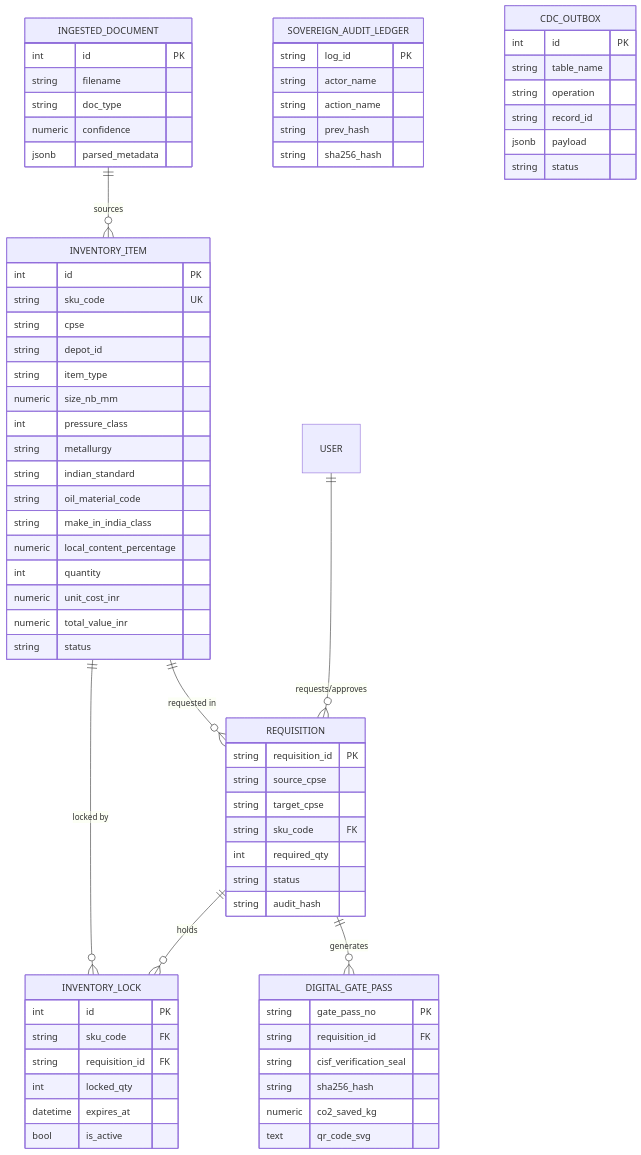
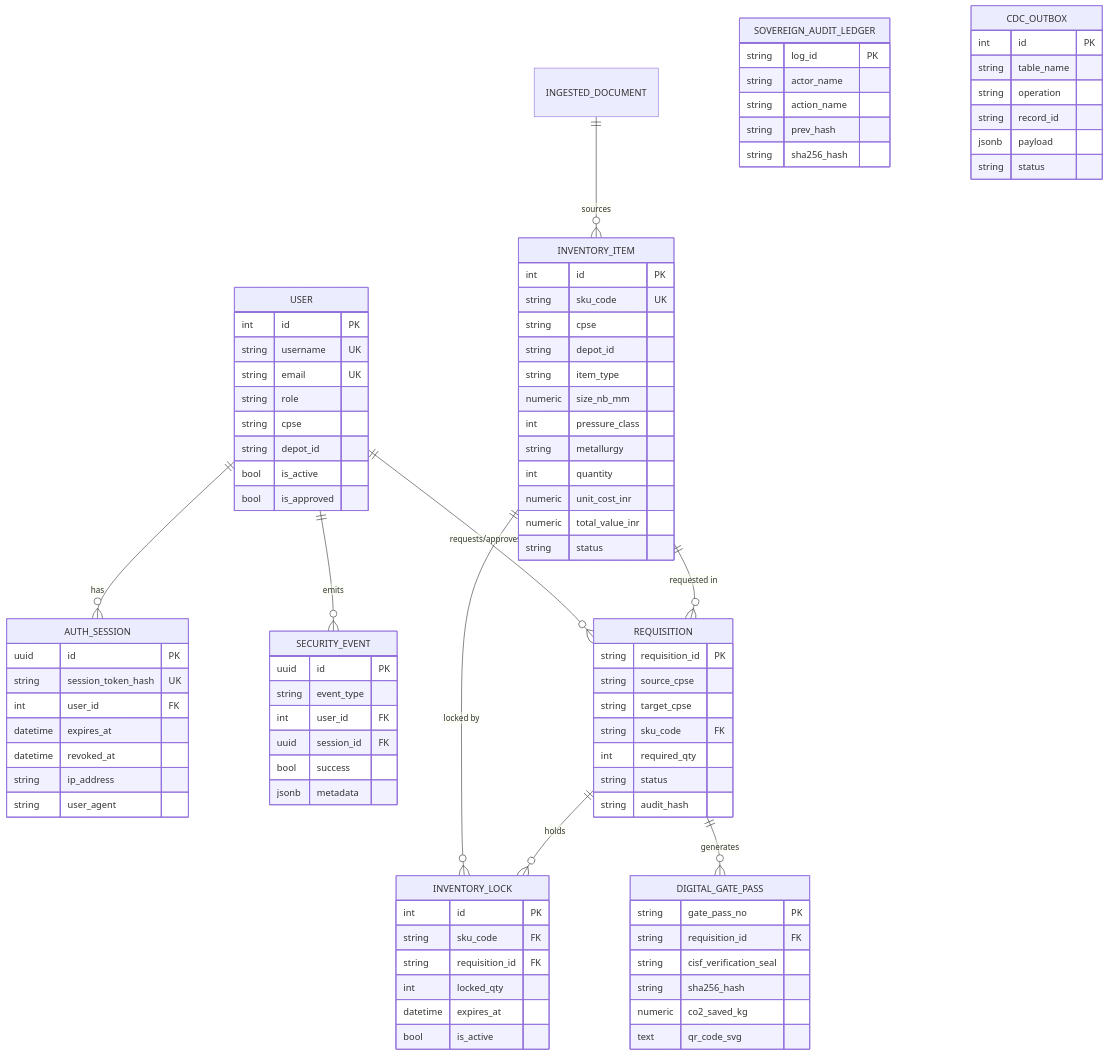
The diagram in backend/app/models/README.md (Gesicht436/Samanvay-AI), drawn with Mermaid before and after one commit. The commit also changed other lines of this file and 20 other files, not shown here.

First line of the commit message:
docs: update architectural documentation, security specs, and dev runbooks for enterprise auth

````diff
--- a/backend/app/models/README.md
+++ b/backend/app/models/README.md
@@ -9,18 +9,42 @@
 ```mermaid
 erDiagram
+    USER ||--o{ AUTH_SESSION : "has"
+    USER ||--o{ SECURITY_EVENT : "emits"
+    USER ||--o{ REQUISITION : "requests/approves"
     INGESTED_DOCUMENT ||--o{ INVENTORY_ITEM : "sources"
     INVENTORY_ITEM ||--o{ INVENTORY_LOCK : "locked by"
     REQUISITION ||--o{ INVENTORY_LOCK : "holds"
     REQUISITION ||--o{ DIGITAL_GATE_PASS : "generates"
     INVENTORY_ITEM ||--o{ REQUISITION : "requested in"
-    USER ||--o{ REQUISITION : "requests/approves"
 
-    INGESTED_DOCUMENT {
+    USER {
         int id PK
-        string filename
-        string doc_type
-        numeric confidence
-        jsonb parsed_metadata
+        string username UK
+        string email UK
+        string role
+        string cpse
+        string depot_id
+        bool is_active
+        bool is_approved
+    }
+
+    AUTH_SESSION {
+        uuid id PK
+        string session_token_hash UK
+        int user_id FK
+        datetime expires_at
+        datetime revoked_at
+        string ip_address
+        string user_agent
+    }
+
+    SECURITY_EVENT {
+        uuid id PK
+        string event_type
+        int user_id FK
+        uuid session_id FK
+        bool success
+        jsonb metadata
     }
 
     INVENTORY_ITEM {
@@ -32,10 +56,6 @@
         numeric size_nb_mm
         int pressure_class
         string metallurgy
-        string indian_standard
-        string oil_material_code
-        string make_in_india_class
-        numeric local_content_percentage
         int quantity
         numeric unit_cost_inr
         numeric total_value_inr
````
